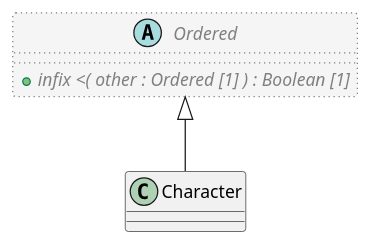
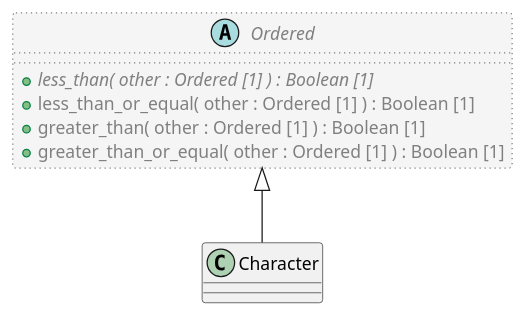
Before and after one commit to sebastian-iancu/code-generator: the diagram in code/Adoc/openehr_base_1.3.0/plantUML/classes/org.openehr.base.foundation_types.character.adoc, drawn with PlantUML. The commit also changed 719 other files, not shown here.

```diff
--- a/code/Adoc/openehr_base_1.3.0/plantUML/classes/org.openehr.base.foundation_types.character.adoc
+++ b/code/Adoc/openehr_base_1.3.0/plantUML/classes/org.openehr.base.foundation_types.character.adoc
@@ -1,16 +1,19 @@
 [plantuml,Character,format=svg,svg-type="inline"]
 -----
 @startuml
 
 class Character {
 }
 
 abstract class Ordered  #whitesmoke;line:gray;line.dotted;text:gray {
-  + {abstract} infix <( other : Ordered [1] ) : Boolean [1]
+  + {abstract} less_than( other : Ordered [1] ) : Boolean [1]
+  + less_than_or_equal( other : Ordered [1] ) : Boolean [1]
+  + greater_than( other : Ordered [1] ) : Boolean [1]
+  + greater_than_or_equal( other : Ordered [1] ) : Boolean [1]
 }
 
 Ordered <|-- Character
 
 
 @enduml
 -----
```
